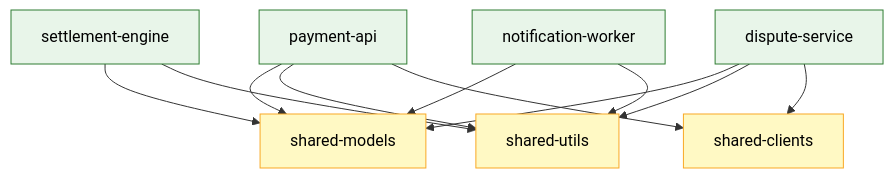
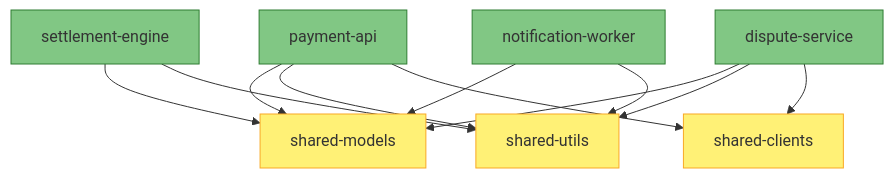
Before and after one commit to premkumarjanagarajan/fluid-flow-ai: the diagram in docs/reverse-engineering-samples/dependencies.md, drawn with Mermaid. The commit also changed 12 other files, not shown here.

First line of the commit message:
Update Mermaid diagram styles for dark and light theme compatibility

````diff
--- a/docs/reverse-engineering-samples/dependencies.md
+++ b/docs/reverse-engineering-samples/dependencies.md
@@ -5,21 +5,21 @@
 ```mermaid
 flowchart TD
     PAY["payment-api"] --> SM["shared-models"]
     PAY --> SU["shared-utils"]
     PAY --> SC["shared-clients"]
     SETTLE["settlement-engine"] --> SM
     SETTLE --> SU
     DISPUTE["dispute-service"] --> SM
     DISPUTE --> SU
     DISPUTE --> SC
     NOTIF["notification-worker"] --> SM
     NOTIF --> SU
 
-    style PAY fill:#E8F5E9,stroke:#2E7D32,color:#000
-    style SETTLE fill:#E8F5E9,stroke:#2E7D32,color:#000
-    style DISPUTE fill:#E8F5E9,stroke:#2E7D32,color:#000
-    style NOTIF fill:#E8F5E9,stroke:#2E7D32,color:#000
-    style SM fill:#FFF9C4,stroke:#F9A825,color:#000
-    style SU fill:#FFF9C4,stroke:#F9A825,color:#000
-    style SC fill:#FFF9C4,stroke:#F9A825,color:#000
+    style PAY fill:#81C784,stroke:#2E7D32
+    style SETTLE fill:#81C784,stroke:#2E7D32
+    style DISPUTE fill:#81C784,stroke:#2E7D32
+    style NOTIF fill:#81C784,stroke:#2E7D32
+    style SM fill:#FFF176,stroke:#F9A825
+    style SU fill:#FFF176,stroke:#F9A825
+    style SC fill:#FFF176,stroke:#F9A825
 ```
````
